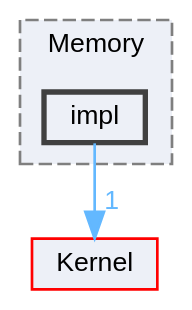
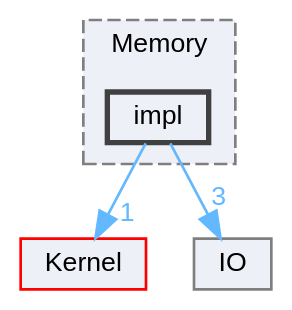
One commit to XmacsLabs/lolly changed the diagram in dir_64bdf6b864da86900faae3037a568917_dep.dot. Above: the diagram before and after it, drawn with Graphviz. The commit also changed 947 other files, not shown here.

```diff
--- a/dir_64bdf6b864da86900faae3037a568917_dep.dot
+++ b/dir_64bdf6b864da86900faae3037a568917_dep.dot
@@ -1,14 +1,16 @@
 digraph "impl"
 {
  // LATEX_PDF_SIZE
   bgcolor="transparent";
   edge [fontname=Helvetica,fontsize=10,labelfontname=Helvetica,labelfontsize=10];
   node [fontname=Helvetica,fontsize=10,shape=box,height=0.2,width=0.4];
   compound=true
   subgraph clusterdir_c4ccaaca8cbe35d8cff903ff1a25a7a8 {
     graph [ bgcolor="#edf0f7", pencolor="grey50", label="Memory", fontname=Helvetica,fontsize=10 style="filled,dashed", URL="dir_c4ccaaca8cbe35d8cff903ff1a25a7a8.html",tooltip=""]
   dir_64bdf6b864da86900faae3037a568917 [label="impl", fillcolor="#edf0f7", color="grey25", style="filled,bold", URL="dir_64bdf6b864da86900faae3037a568917.html",tooltip=""];
   }
   dir_52bed8acfaac088d5968cb2c84d7645d [label="Kernel", fillcolor="#edf0f7", color="red", style="filled", URL="dir_52bed8acfaac088d5968cb2c84d7645d.html",tooltip=""];
+  dir_6585f33a0ea7f281ba0139d26289315f [label="IO", fillcolor="#edf0f7", color="grey50", style="filled", URL="dir_6585f33a0ea7f281ba0139d26289315f.html",tooltip=""];
   dir_64bdf6b864da86900faae3037a568917->dir_52bed8acfaac088d5968cb2c84d7645d [headlabel="1", labeldistance=1.5 headhref="dir_000023_000030.html" href="dir_000023_000030.html" color="steelblue1" fontcolor="steelblue1"];
+  dir_64bdf6b864da86900faae3037a568917->dir_6585f33a0ea7f281ba0139d26289315f [headlabel="3", labeldistance=1.5 headhref="dir_000023_000025.html" href="dir_000023_000025.html" color="steelblue1" fontcolor="steelblue1"];
 }
```
